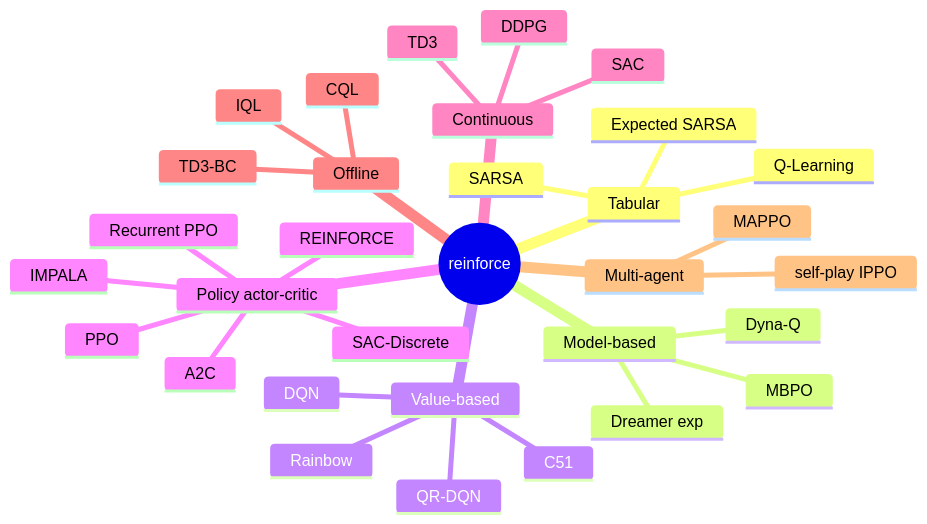
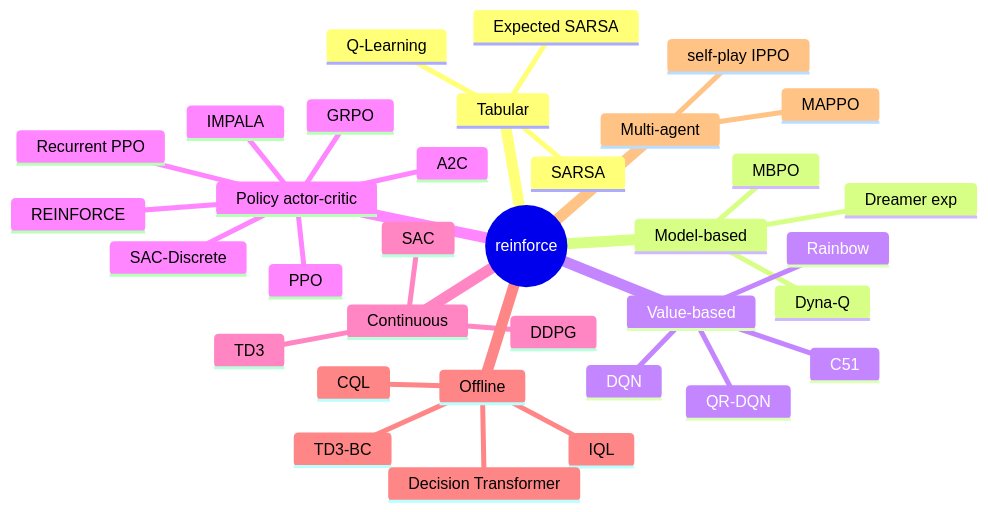
Before and after one commit to DenisDrobyshev/decisionrl: the second of 2 diagrams in README.md, drawn with Mermaid. The commit also changed other lines of this file and 27 other files, not shown here.

````diff
--- a/README.md
+++ b/README.md
@@ -54,35 +54,37 @@
 ```mermaid
 mindmap
   root(("reinforce"))
     Tabular
       Q-Learning
       SARSA
       Expected SARSA
     Model-based
       Dyna-Q
       MBPO
       Dreamer exp
     Value-based
       DQN
       C51
       QR-DQN
       Rainbow
     Policy actor-critic
       REINFORCE
       A2C
       PPO
+      GRPO
       IMPALA
       Recurrent PPO
       SAC-Discrete
     Continuous
       DDPG
       TD3
       SAC
     Offline
       TD3-BC
       IQL
       CQL
+      Decision Transformer
     Multi-agent
       MAPPO
       self-play IPPO
 ```
````
